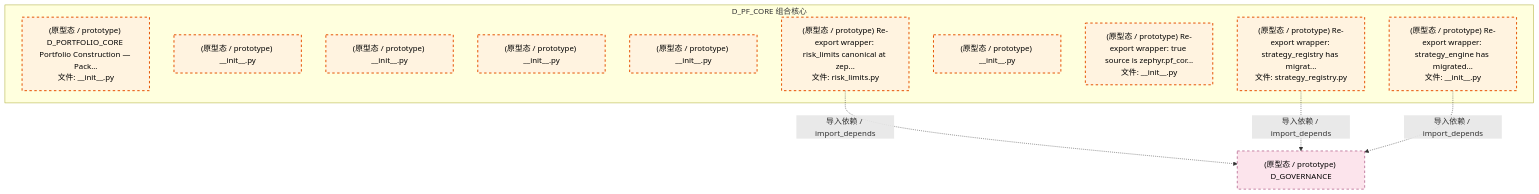
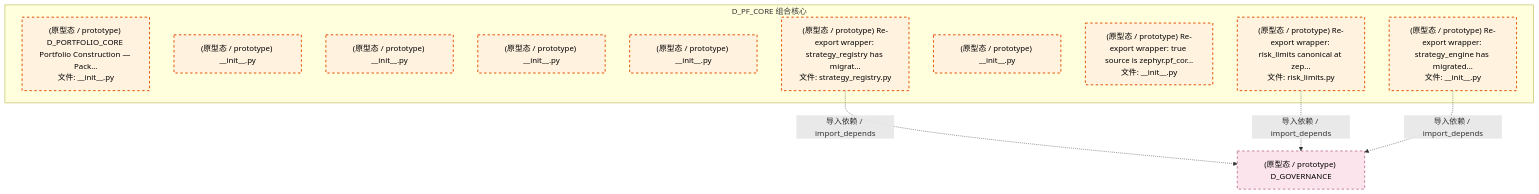
Before and after one commit to xuanFelixVan/ZephyrAlpha: the third of 4 diagrams in docs/02_enterprise_architecture/02_domain_architecture_docs/44_d_pf_core.md, drawn with Mermaid. The commit also changed other lines of this file and 100 other files, not shown here.

````diff
--- a/docs/02_enterprise_architecture/02_domain_architecture_docs/44_d_pf_core.md
+++ b/docs/02_enterprise_architecture/02_domain_architecture_docs/44_d_pf_core.md
@@ -156,25 +156,25 @@
 ```mermaid
 graph TD
     subgraph D_PF_CORE["D_PF_CORE 组合核心"]
         src_zephyr_pf_core_init_py["(原型态 / prototype) D_PORTFOLIO_CORE Portfolio Construction — Pack...<br/>文件: __init__.py"]
         src_zephyr_pf_core_extensions_init_py["(原型态 / prototype) __init__.py"]
         src_zephyr_pf_core_api_init_py["(原型态 / prototype) __init__.py"]
         src_zephyr_pf_core_core_init_py["(原型态 / prototype) __init__.py"]
         src_zephyr_pf_core_infrastructure_init_py["(原型态 / prototype) __init__.py"]
         src_zephyr_pf_core_risk_limits_py["(原型态 / prototype) Re-export wrapper: risk_limits canonical at zep...<br/>文件: risk_limits.py"]
         src_zephyr_pf_core_services_init_py["(原型态 / prototype) __init__.py"]
         src_zephyr_pf_core_strategies_init_py["(原型态 / prototype) Re-export wrapper: true source is zephyr.pf_cor...<br/>文件: __init__.py"]
         src_zephyr_pf_core_strategy_engine_init_py["(原型态 / prototype) Re-export wrapper: strategy_engine has migrated...<br/>文件: __init__.py"]
         src_zephyr_pf_core_strategy_registry_py["(原型态 / prototype) Re-export wrapper: strategy_registry has migrat...<br/>文件: strategy_registry.py"]
     end
     D_GOVERNANCE["(原型态 / prototype) D_GOVERNANCE"]
+    src_zephyr_pf_core_strategy_registry_py -.->|导入依赖 / import_depends| D_GOVERNANCE
     src_zephyr_pf_core_risk_limits_py -.->|导入依赖 / import_depends| D_GOVERNANCE
-    src_zephyr_pf_core_strategy_registry_py -.->|导入依赖 / import_depends| D_GOVERNANCE
     src_zephyr_pf_core_strategy_engine_init_py -.->|导入依赖 / import_depends| D_GOVERNANCE
     classDef production fill:#e1f5fe,stroke:#01579b,stroke-width:2px,color:#000
     classDef design fill:#fff3e0,stroke:#e65100,stroke-width:2px,color:#000,stroke-dasharray: 5 5
     classDef external_prod fill:#e8f5e9,stroke:#1b5e20,stroke-width:1px,color:#000
     classDef external_design fill:#fce4ec,stroke:#880e4f,stroke-width:1px,color:#000,stroke-dasharray: 5 5
     class src_zephyr_pf_core_init_py,src_zephyr_pf_core_extensions_init_py,src_zephyr_pf_core_api_init_py,src_zephyr_pf_core_core_init_py,src_zephyr_pf_core_infrastructure_init_py,src_zephyr_pf_core_risk_limits_py,src_zephyr_pf_core_services_init_py,src_zephyr_pf_core_strategies_init_py,src_zephyr_pf_core_strategy_engine_init_py,src_zephyr_pf_core_strategy_registry_py design
     class D_GOVERNANCE external_design
 ```
````
